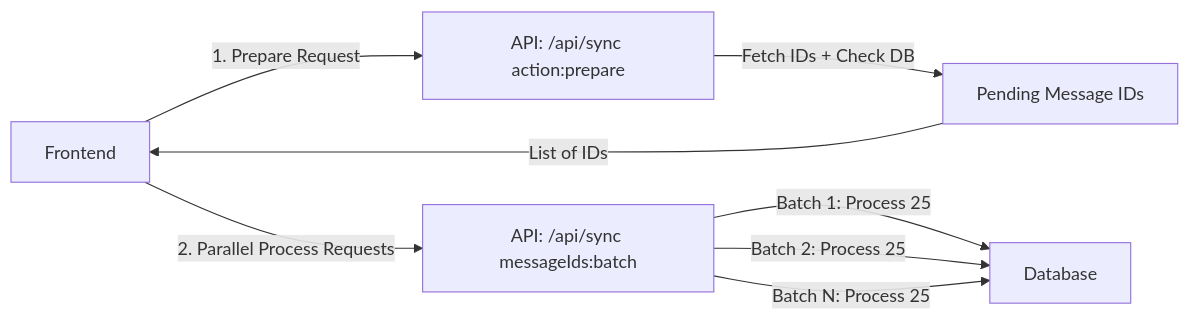
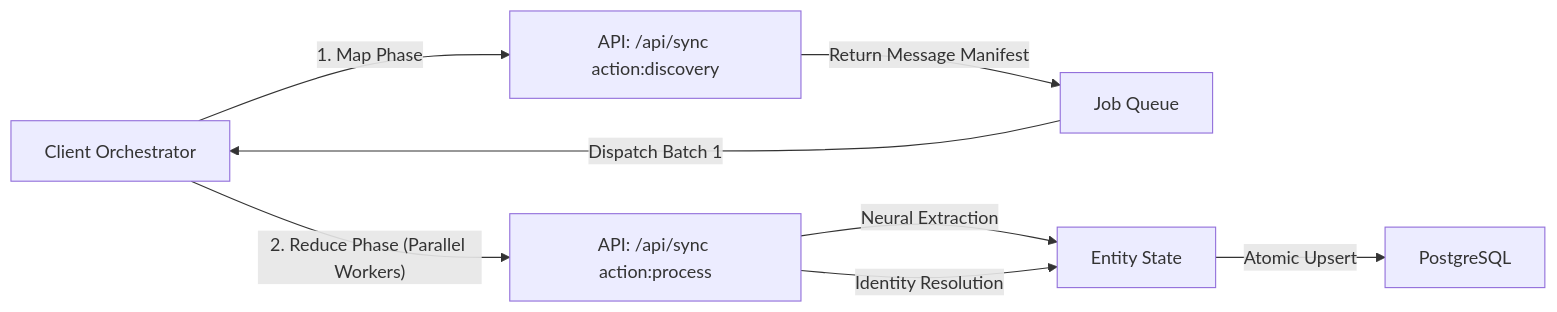
The second of 3 diagrams in ARCHITECTURE.md (laadtushar/job-hunt-dashboard), drawn with Mermaid before and after one commit. The commit also changed other lines of this file and 6 other files, not shown here.

````diff
--- a/ARCHITECTURE.md
+++ b/ARCHITECTURE.md
@@ -32,11 +32,11 @@
 ```mermaid
 graph LR
-    A[Frontend] -- 1. Prepare Request --> B[API: /api/sync action:prepare]
-    B -- Fetch IDs + Check DB --> C[Pending Message IDs]
-    C -- List of IDs --> A
+    A[Client Orchestrator] -- 1. Map Phase --> B[API: /api/sync action:discovery]
+    B -- Return Message Manifest --> C[Job Queue]
+    C -- Dispatch Batch 1 --> A
     
-    A -- 2. Parallel Process Requests --> D[API: /api/sync messageIds:batch]
-    D -- Batch 1: Process 25 --> E[Database]
-    D -- Batch 2: Process 25 --> E
-    D -- Batch N: Process 25 --> E
+    A -- 2. Reduce Phase (Parallel Workers) --> D[API: /api/sync action:process]
+    D -- Neural Extraction --> E[Entity State]
+    D -- Identity Resolution --> E
+    E -- Atomic Upsert --> F[PostgreSQL]
 ```
````
